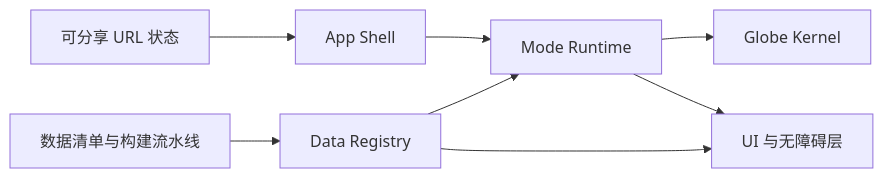
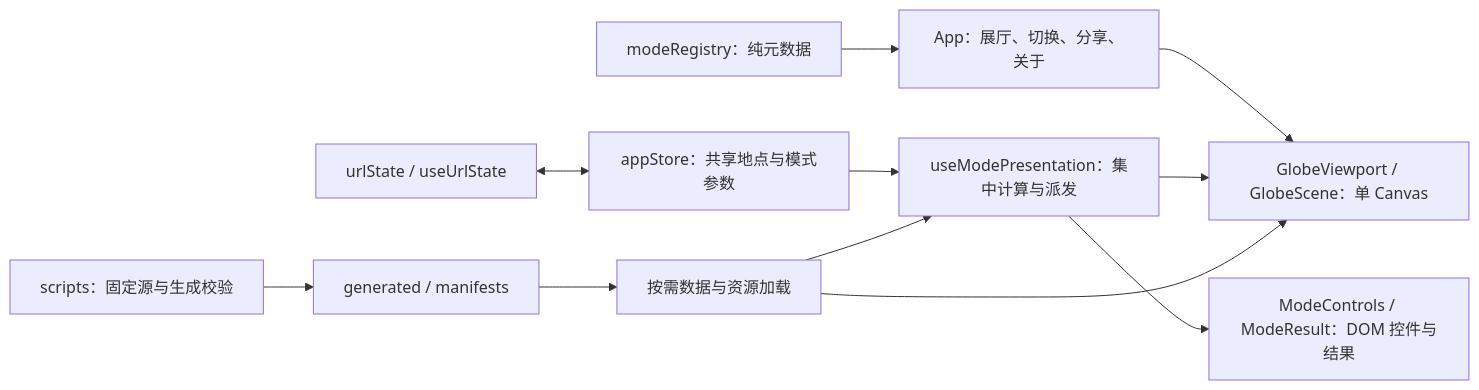
Before and after one commit to 0mn1si2i5/mundus: the diagram in docs/PROJECT_PLAN.md, drawn with Mermaid. The commit also changed other lines of this file and 10 other files, not shown here.

````diff
--- a/docs/PROJECT_PLAN.md
+++ b/docs/PROJECT_PLAN.md
@@ -129,10 +115,13 @@
 ```mermaid
 flowchart LR
-    URL["可分享 URL 状态"] --> Shell["App Shell"]
-    Shell --> Runtime["Mode Runtime"]
-    Runtime --> Kernel["Globe Kernel"]
-    Runtime --> UI["UI 与无障碍层"]
-    Manifest["数据清单与构建流水线"] --> Registry["Data Registry"]
-    Registry --> Runtime
-    Registry --> UI
+    URL["urlState / useUrlState"] <--> State["appStore：共享地点与模式参数"]
+    Metadata["modeRegistry：纯元数据"] --> Shell["App：展厅、切换、分享、关于"]
+    State --> Presentation["useModePresentation：集中计算与派发"]
+    Shell --> Globe["GlobeViewport / GlobeScene：单 Canvas"]
+    Presentation --> Globe
+    Presentation --> UI["ModeControls / ModeResult：DOM 控件与结果"]
+    Build["scripts：固定源与生成校验"] --> Assets["generated / manifests"]
+    Assets --> Loaders["按需数据与资源加载"]
+    Loaders --> Presentation
+    Loaders --> Globe
 ```
````
